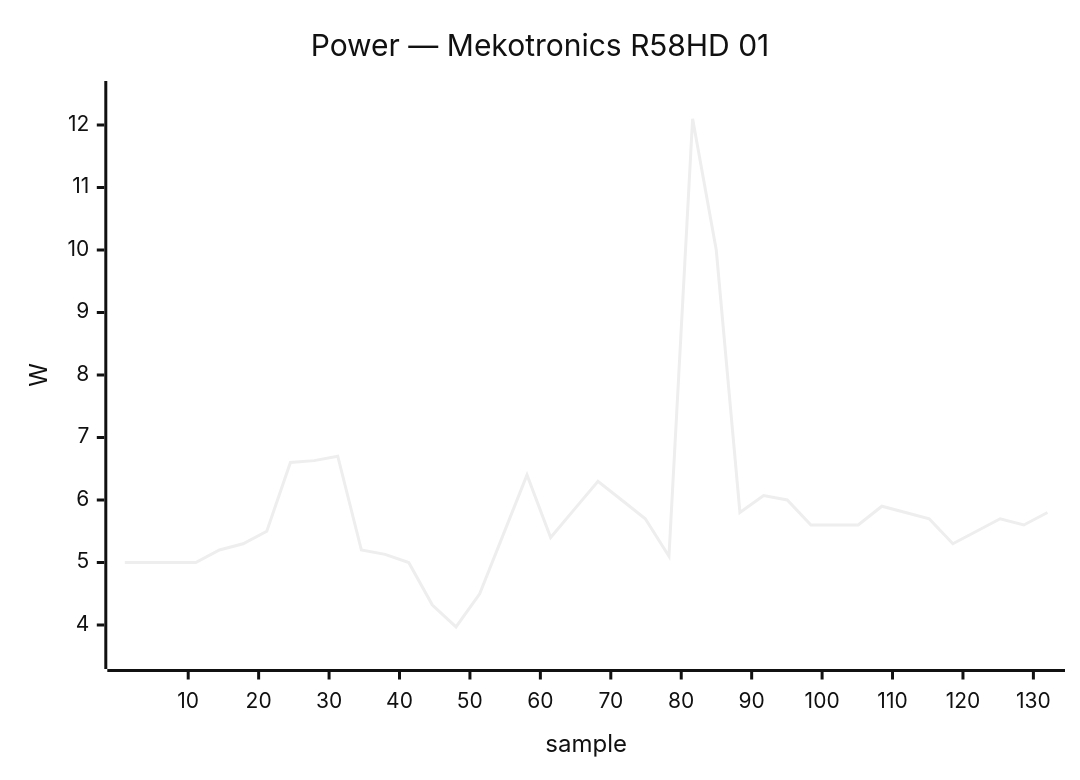
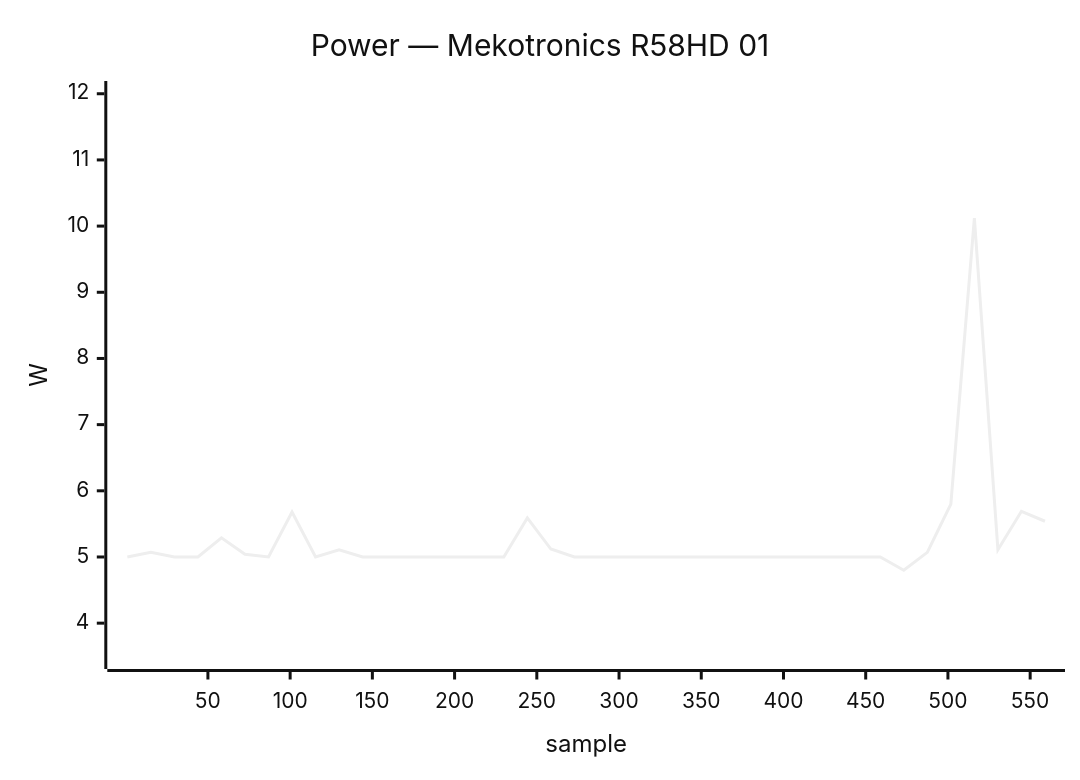
Diagram 15 of 35 in docs/status/board-tests.md (armbian/documentation), drawn with Mermaid (neutral theme) before and after one commit. The commit also changed other lines of this file, not shown here.

````diff
--- a/docs/status/board-tests.md
+++ b/docs/status/board-tests.md
@@ -729,7 +782,7 @@
 ```mermaid
 xychart-beta
     title "Power — Mekotronics R58HD 01"
-    x-axis "sample" 1 --> 132
-    y-axis "W" 3.5 --> 12.5
-    line [5.00, 5.00, 5.00, 5.00, 5.20, 5.30, 5.50, 6.60, 6.63, 6.70, 5.20, 5.13, 5.00, 4.32, 3.97, 4.50, 5.45, 6.40, 5.40, 5.85, 6.30, 6.00, 5.70, 5.10, 12.10, 10.00, 5.80, 6.07, 6.00, 5.60, 5.60, 5.60, 5.90, 5.80, 5.70, 5.30, 5.50, 5.70, 5.60, 5.80]
+    x-axis "sample" 1 --> 559
+    y-axis "W" 3.5 --> 12.0
+    line [5.00, 5.07, 5.00, 5.00, 5.29, 5.04, 5.00, 5.68, 5.00, 5.11, 5.00, 5.00, 5.00, 5.00, 5.00, 5.00, 5.00, 5.59, 5.12, 5.00, 5.00, 5.00, 5.00, 5.00, 5.00, 5.00, 5.00, 5.00, 5.00, 5.00, 5.00, 5.00, 5.00, 4.80, 5.07, 5.80, 10.12, 5.11, 5.69, 5.54]
 ```
````
